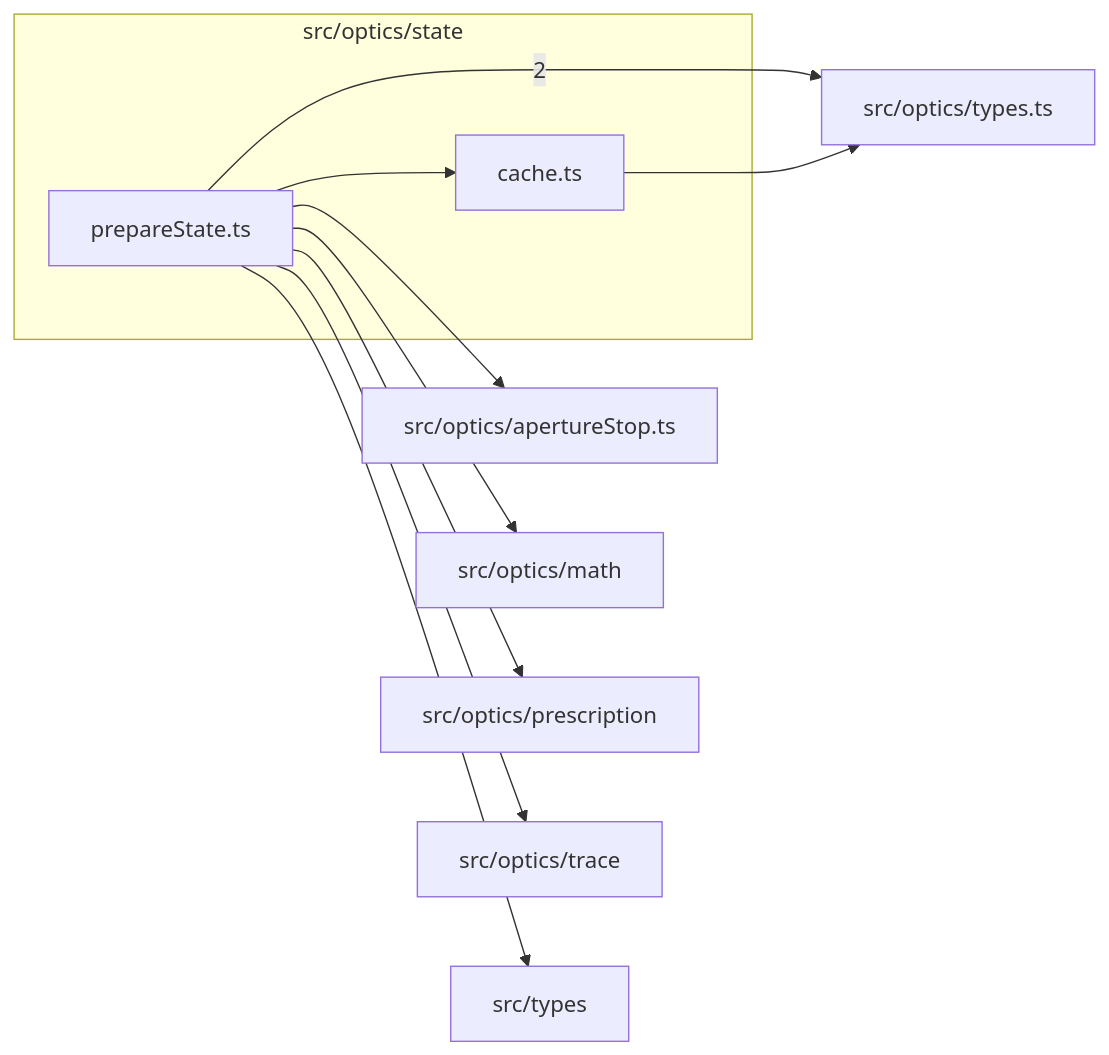
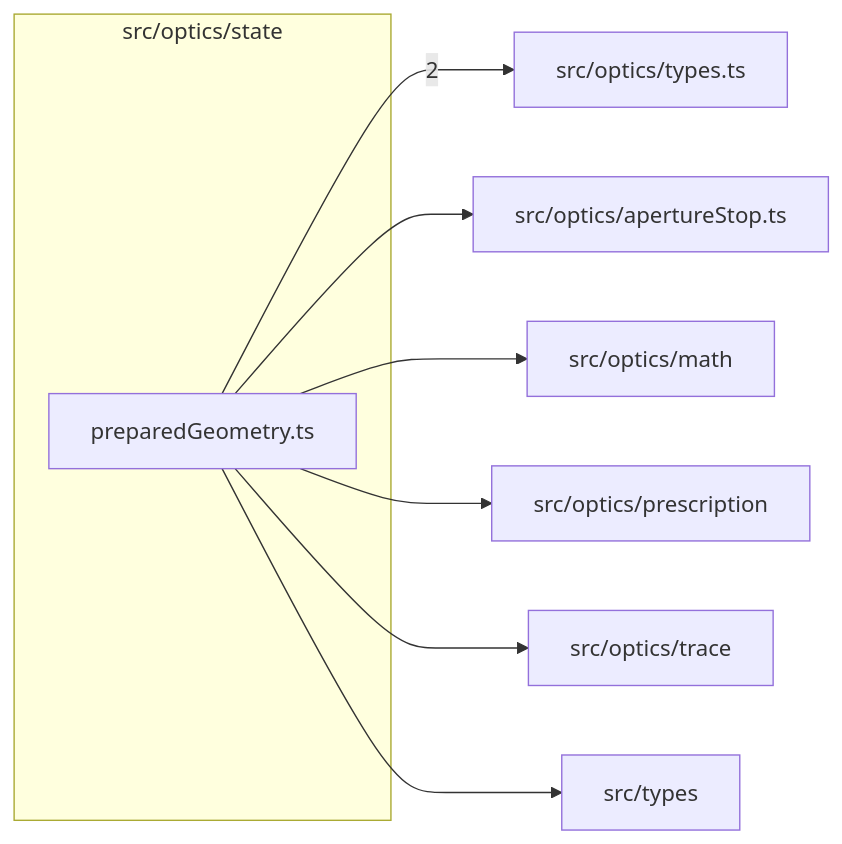
One commit to ronbuening/LensVisualizer changed the diagram in src/optics/state/readme.md. Above: the diagram before and after it, drawn with Mermaid. The commit also changed other lines of this file and 28 other files, not shown here.

First line of the commit message:
S5.P2.T1 One owner for prepared geometry

````diff
--- a/src/optics/state/readme.md
+++ b/src/optics/state/readme.md
@@ -9,21 +9,18 @@
 ```mermaid
 flowchart LR
   subgraph n_src_optics_state["src/optics/state"]
-    n_src_optics_state_src_optics_state_cache_ts["cache.ts"]
-    n_src_optics_state_src_optics_state_prepareState_ts["prepareState.ts"]
+    n_src_optics_state_src_optics_state_preparedGeometry_ts["preparedGeometry.ts"]
   end
   n_external_src_optics_types_ts["src/optics/types.ts"]
   n_external_src_optics_apertureStop_ts["src/optics/apertureStop.ts"]
   n_external_src_optics_math["src/optics/math"]
   n_external_src_optics_prescription["src/optics/prescription"]
   n_external_src_optics_trace["src/optics/trace"]
   n_external_src_types["src/types"]
-  n_src_optics_state_src_optics_state_prepareState_ts --> |2| n_external_src_optics_types_ts
-  n_src_optics_state_src_optics_state_prepareState_ts --> n_external_src_optics_apertureStop_ts
-  n_src_optics_state_src_optics_state_prepareState_ts --> n_external_src_optics_math
-  n_src_optics_state_src_optics_state_prepareState_ts --> n_external_src_optics_prescription
-  n_src_optics_state_src_optics_state_prepareState_ts --> n_external_src_optics_trace
-  n_src_optics_state_src_optics_state_cache_ts --> n_external_src_optics_types_ts
-  n_src_optics_state_src_optics_state_prepareState_ts --> n_external_src_types
-  n_src_optics_state_src_optics_state_prepareState_ts --> n_src_optics_state_src_optics_state_cache_ts
+  n_src_optics_state_src_optics_state_preparedGeometry_ts --> |2| n_external_src_optics_types_ts
+  n_src_optics_state_src_optics_state_preparedGeometry_ts --> n_external_src_optics_apertureStop_ts
+  n_src_optics_state_src_optics_state_preparedGeometry_ts --> n_external_src_optics_math
+  n_src_optics_state_src_optics_state_preparedGeometry_ts --> n_external_src_optics_prescription
+  n_src_optics_state_src_optics_state_preparedGeometry_ts --> n_external_src_optics_trace
+  n_src_optics_state_src_optics_state_preparedGeometry_ts --> n_external_src_types
 ```
````
